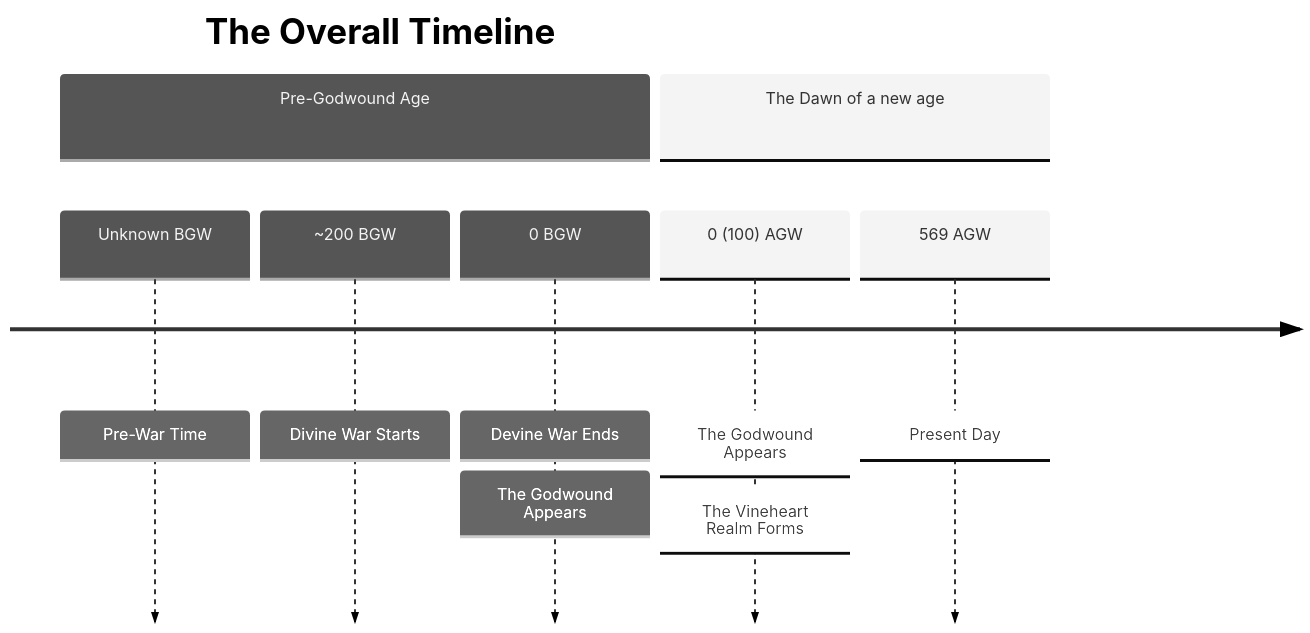
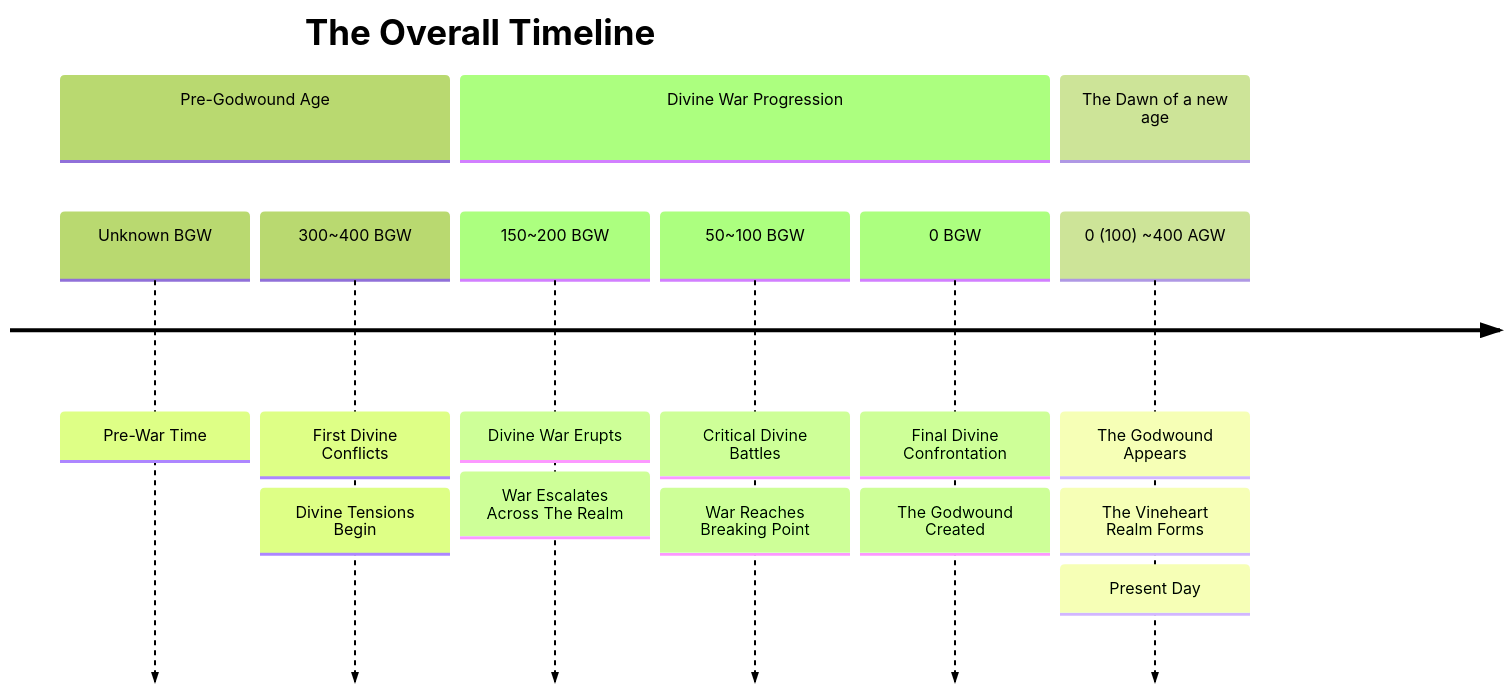
Before and after one commit to KrakenIsHere/The-Vineheart-Realm: the first of 4 diagrams in 0. World/The Timelines.md, drawn with Mermaid. The commit also changed other lines of this file, not shown here.

First line of the commit message:
Expand and refine timeline details in The Timelines.md

````diff
--- a/0. World/The Timelines.md
+++ b/0. World/The Timelines.md
@@ -4,12 +4,14 @@
 ```mermaid
-%%{init: {'theme':'neutral'}}%%
+%%{init: {'theme':'forest'}}%%
 timeline
 	title The Overall Timeline
 	section Pre-Godwound Age
 		Unknown BGW : Pre-War Time
-		~200 BGW    : Divine War Starts
-		0 BGW       : Devine War Ends : The Godwound Appears
+		300~400 BGW : First Divine Conflicts : Divine Tensions Begin
+	section Divine War Progression
+		150~200 BGW : Divine War Erupts : War Escalates Across The Realm
+		50~100 BGW : Critical Divine Battles : War Reaches Breaking Point
+		0 BGW    : Final Divine Confrontation : The Godwound Created
 	section The Dawn of a new age
-		0 (100) AGW : The Godwound Appears : The Vineheart Realm Forms
-		569 AGW     : Present Day
+		0 (100) ~400 AGW : The Godwound Appears : The Vineheart Realm Forms : Present Day
 ```
````
